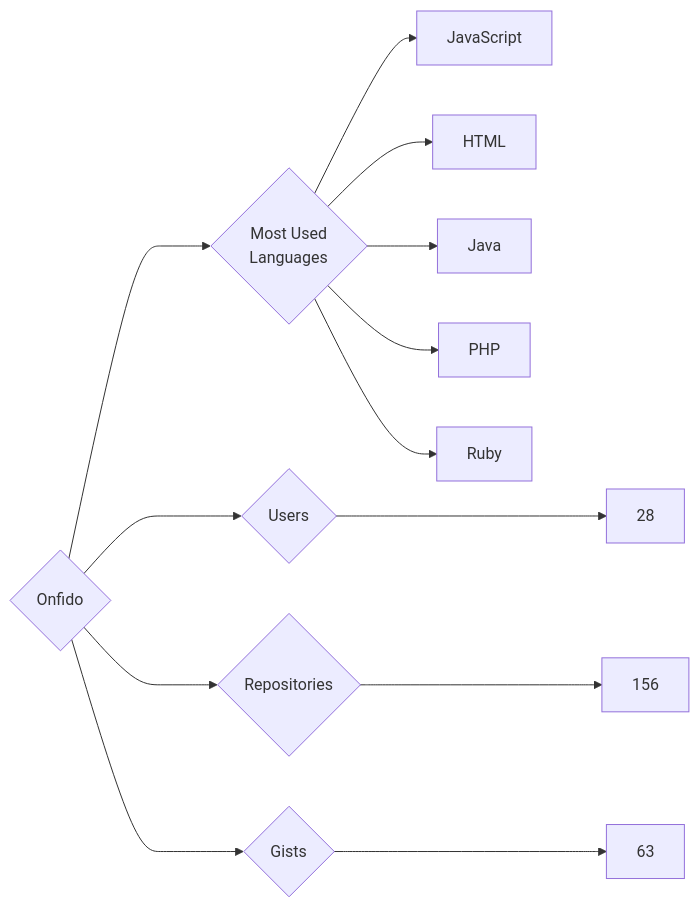
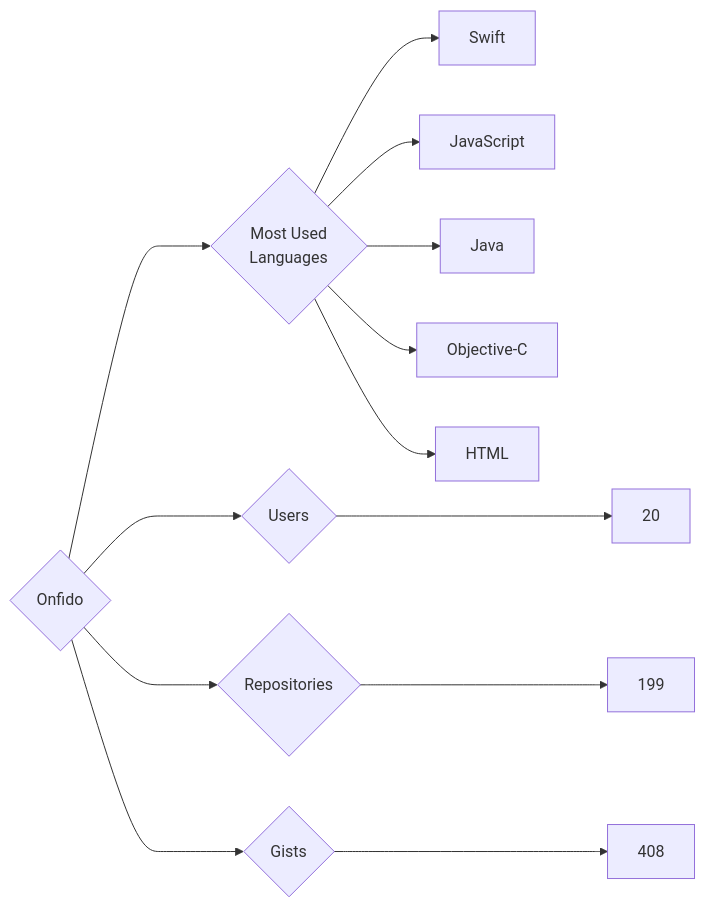
Before and after one commit to trickest/insiders: the diagram in targets/Onfido/README.md, drawn with Mermaid. The commit also changed 964 other files, not shown here.

````diff
--- a/targets/Onfido/README.md
+++ b/targets/Onfido/README.md
@@ -3,13 +3,13 @@
 ```mermaid
 graph LR
 COMPANY_NAME{Onfido}
-COMPANY_NAME ---> U{Users} ---> UN[28]
-COMPANY_NAME ---> R{Repositories} ---> RN[156]
-COMPANY_NAME ---> G{Gists} ---> GN[63]
+COMPANY_NAME ---> U{Users} ---> UN[20]
+COMPANY_NAME ---> R{Repositories} ---> RN[199]
+COMPANY_NAME ---> G{Gists} ---> GN[408]
 COMPANY_NAME ---> ML{Most Used<br>Languages}
+ML --> Swift[Swift]
 ML --> JavaScript[JavaScript]
+ML --> Java[Java]
+ML --> Objective-C[Objective-C]
 ML --> HTML[HTML]
-ML --> Java[Java]
-ML --> PHP[PHP]
-ML --> Ruby[Ruby]
 ```
````
